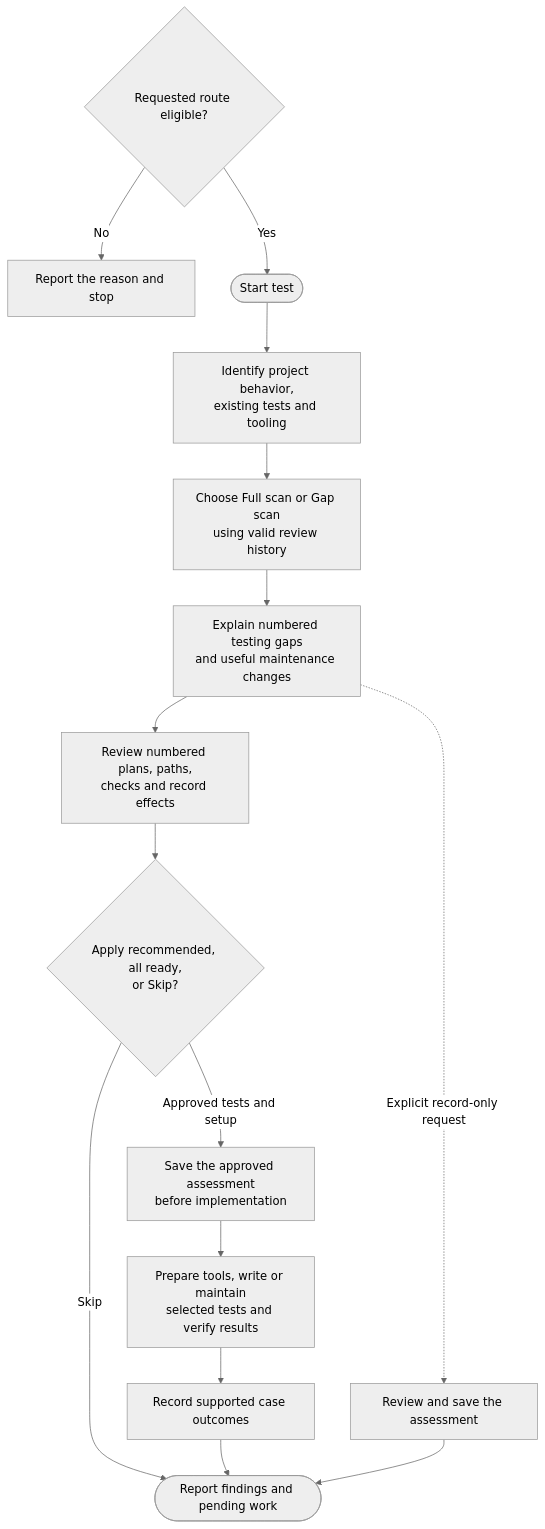
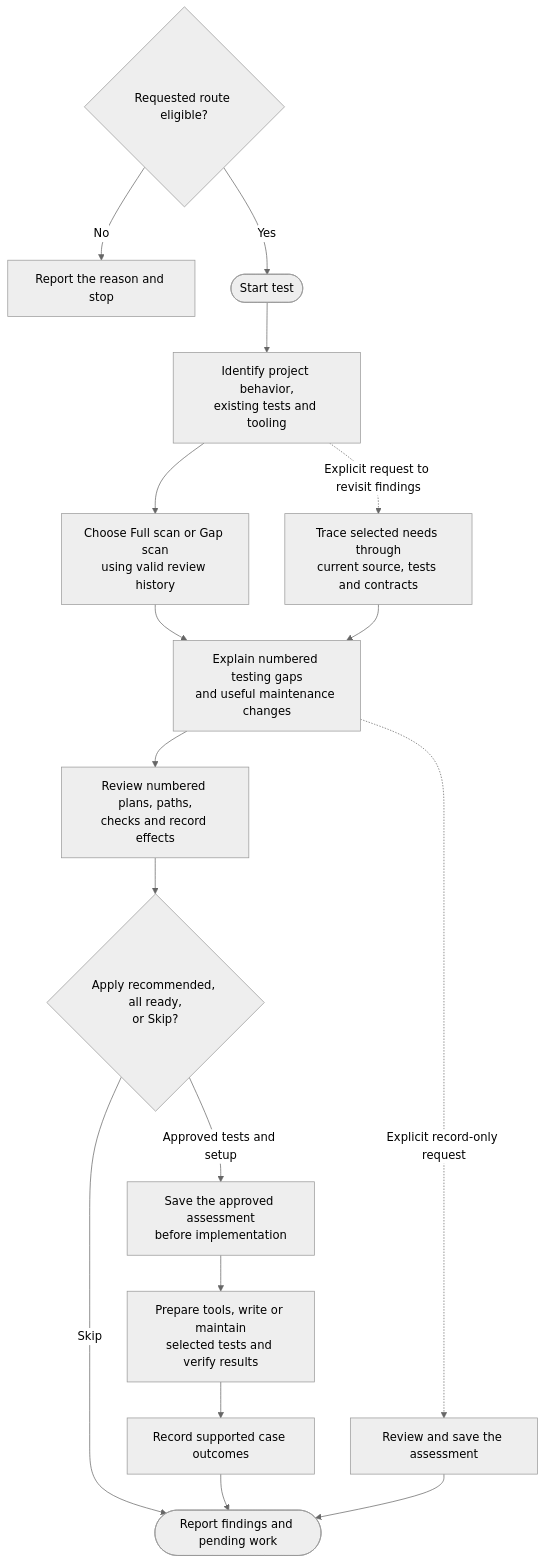
The diagram in docs/commands/test/detailed.md (myowinthein/agent-helm), drawn with Mermaid (neutral theme) before and after one commit. The commit also changed other lines of this file and 2 other files, not shown here.

````diff
--- a/docs/commands/test/detailed.md
+++ b/docs/commands/test/detailed.md
@@ -22,17 +22,19 @@
 ```mermaid
 flowchart TD
   Entry{"Requested route eligible?"} -->|No| Blocked["Report the reason and stop"]
   Entry -->|Yes| Start
   Start(["Start test"]) --> Inspect["Identify project behavior,<br/>existing tests and tooling"]
   Inspect --> Scope["Choose Full scan or Gap scan<br/>using valid review history"]
+  Inspect -.->|Explicit request to revisit findings| Revisit["Trace selected needs through<br/>current source, tests and contracts"]
   Scope --> Assess["Explain numbered testing gaps<br/>and useful maintenance changes"]
+  Revisit --> Assess
   Assess --> Select["Review numbered plans, paths,<br/>checks and record effects"]
   Select --> Choice{"Apply recommended, all ready,<br/>or Skip?"}
   Choice -->|Skip| End(["Report findings and pending work"])
   Choice -->|Approved tests and setup| Checkpoint["Save the approved assessment<br/>before implementation"]
   Assess -.->|Explicit record-only request| Record["Review and save the assessment"]
   Record --> End
   Checkpoint --> Work["Prepare tools, write or maintain<br/>selected tests and verify results"]
   Work --> Evidence["Record supported case outcomes"]
   Evidence --> End
 ```
````
